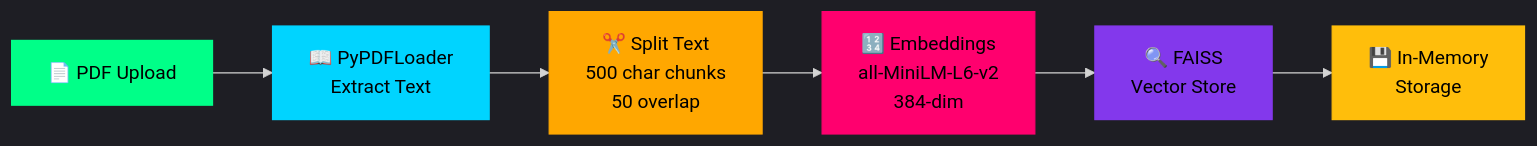
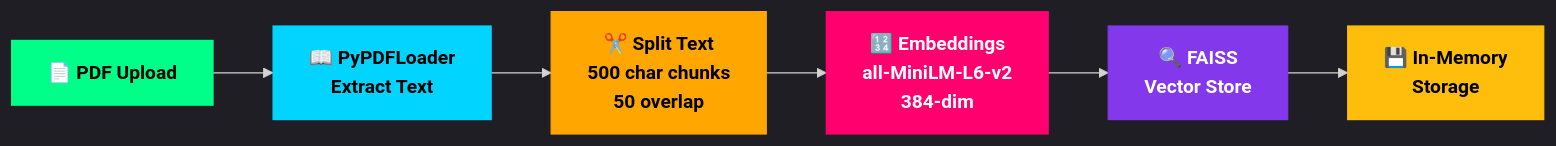
The second of 3 diagrams in README.md (farazmirzax/ContextAI), drawn with Mermaid before and after one commit. The commit also changed other lines of this file, not shown here.

Commit message:
text color updated

````diff
--- a/README.md
+++ b/README.md
@@ -69,16 +69,16 @@
 ```mermaid
 %%{init: {'theme':'dark'}}%%
 graph LR
     A["📄 PDF Upload"] --> B["📖 PyPDFLoader<br/>Extract Text"]
     B --> C["✂️ Split Text<br/>500 char chunks<br/>50 overlap"]
     C --> D["🔢 Embeddings<br/>all-MiniLM-L6-v2<br/>384-dim"]
     D --> E["🔍 FAISS<br/>Vector Store"]
     E --> F["💾 In-Memory<br/>Storage"]
     
-    style A fill:#00ff88,stroke:#00ff88,color:#000
-    style B fill:#00d4ff,stroke:#00d4ff,color:#000
-    style C fill:#ffa700,stroke:#ffa700,color:#000
-    style D fill:#ff006e,stroke:#ff006e,color:#000
-    style E fill:#8338ec,stroke:#8338ec,color:#000
-    style F fill:#ffbe0b,stroke:#ffbe0b,color:#000
+    style A fill:#00ff88,stroke:#00ff88,color:#000,font-weight:bold
+    style B fill:#00d4ff,stroke:#00d4ff,color:#000,font-weight:bold
+    style C fill:#ffa700,stroke:#ffa700,color:#000,font-weight:bold
+    style D fill:#ff006e,stroke:#ff006e,color:#fff,font-weight:bold
+    style E fill:#8338ec,stroke:#8338ec,color:#fff,font-weight:bold
+    style F fill:#ffbe0b,stroke:#ffbe0b,color:#000,font-weight:bold
 ```
````
